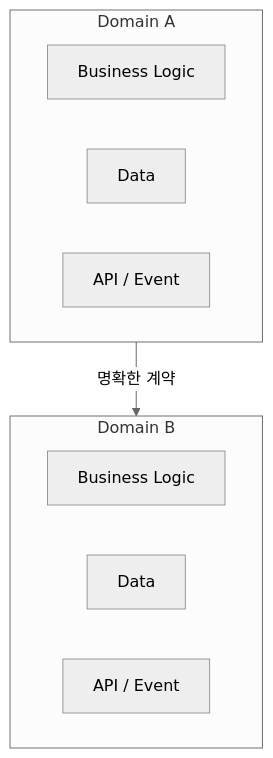
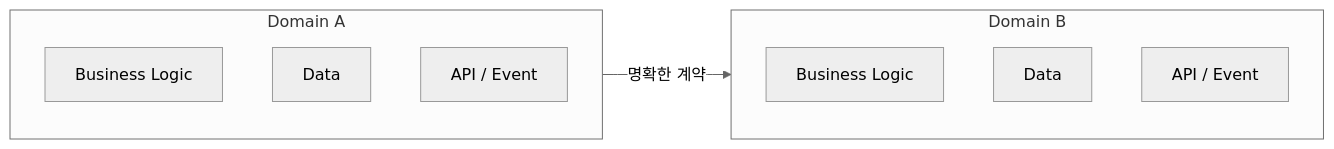
Before and after one commit to i31pc17/bitbook: diagram 12 of 12 in 모던 데이터 아키텍처/9장. 서비스 경계와 조회 모델.md, drawn with Mermaid (neutral theme). The commit also changed other lines of this file and 8 other files, not shown here.

````diff
--- a/모던 데이터 아키텍처/9장. 서비스 경계와 조회 모델.md
+++ b/모던 데이터 아키텍처/9장. 서비스 경계와 조회 모델.md
@@ -907,14 +866,15 @@
 ```mermaid
-flowchart TD
+flowchart LR
     subgraph da["Domain A"]
         a1["Business Logic"]
         a2["Data"]
         a3["API / Event"]
     end
     subgraph db["Domain B"]
         b1["Business Logic"]
         b2["Data"]
         b3["API / Event"]
     end
+
     da -- "명확한 계약" --> db
 ```
````
